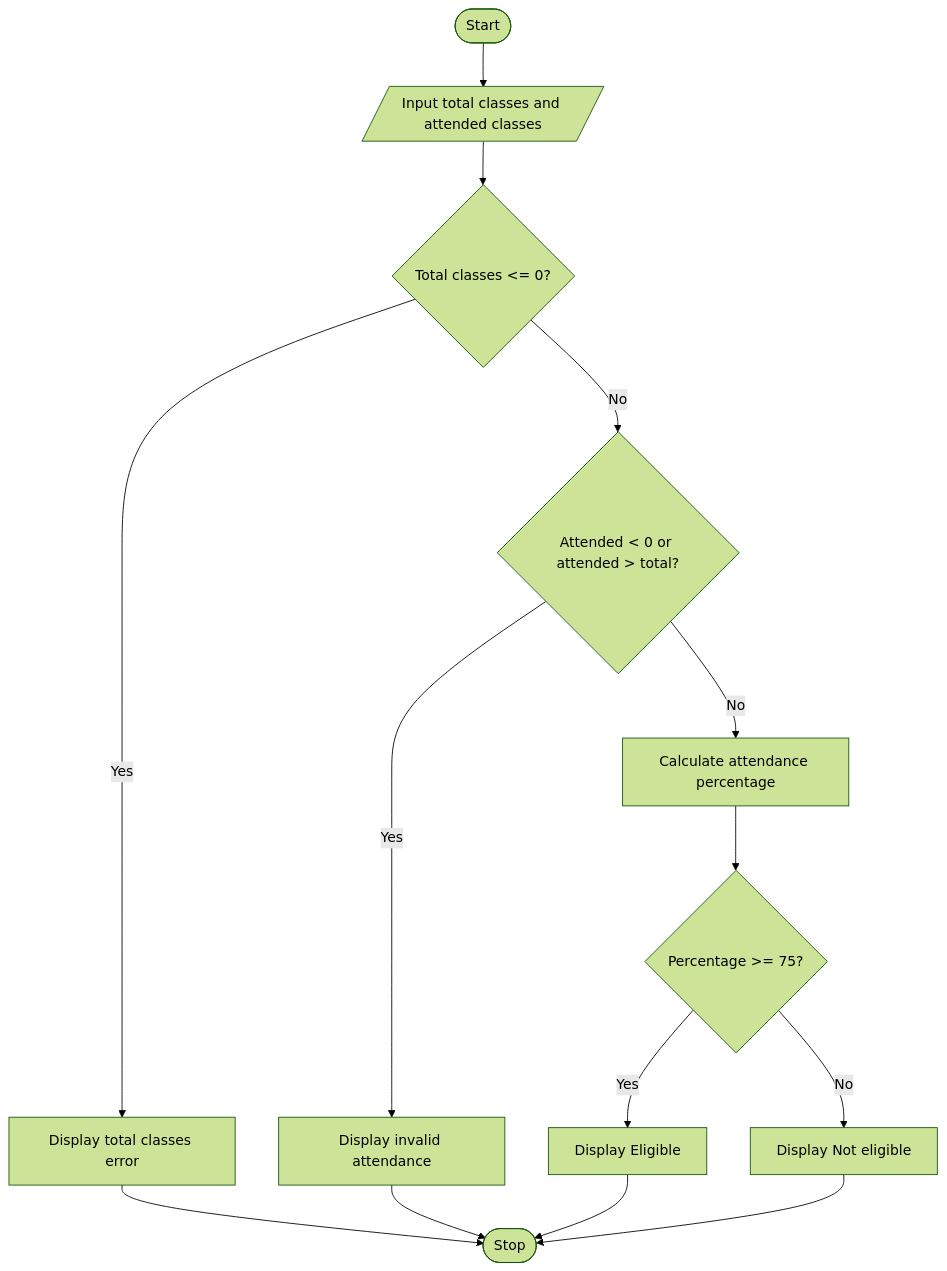
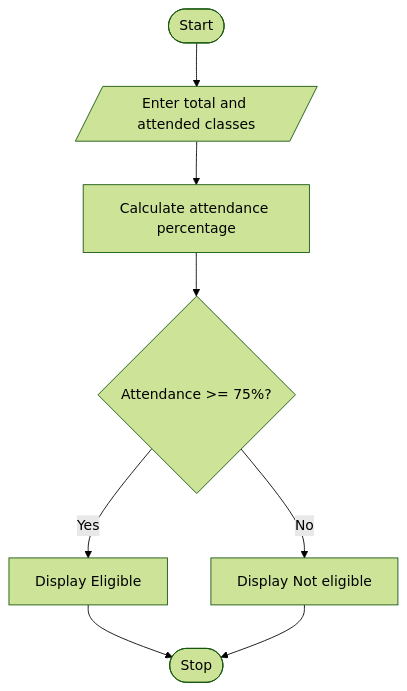
One commit to shaikishaa59-lab/ABL-PYTHON- changed the diagram in 04_Attendance_Checker/algorithm_flowchart.md. Above: the diagram before and after it, drawn with Mermaid (forest theme). The commit also changed other lines of this file, not shown here.

Commit message:
Simplify flowchart for Attendance Checker

````diff
--- a/04_Attendance_Checker/algorithm_flowchart.md
+++ b/04_Attendance_Checker/algorithm_flowchart.md
@@ -13,16 +3,10 @@
 ```mermaid
 flowchart TD
- A([Start]) --> B[/Input total classes and attended classes/]
- B --> C{Total classes <= 0?}
- C -- Yes --> D[Display total classes error]
- C -- No --> E{Attended < 0 or attended > total?}
- E -- Yes --> F[Display invalid attendance]
- E -- No --> G[Calculate attendance percentage]
- G --> H{Percentage >= 75?}
- H -- Yes --> I[Display Eligible]
- H -- No --> J[Display Not eligible]
- D --> K([Stop])
- F --> K
- I --> K
- J --> K
+ A([Start]) --> B[/Enter total and attended classes/]
+ B --> C[Calculate attendance percentage]
+ C --> D{Attendance >= 75%?}
+ D -- Yes --> E[Display Eligible]
+ D -- No --> F[Display Not eligible]
+ E --> G([Stop])
+ F --> G
 ```
````
